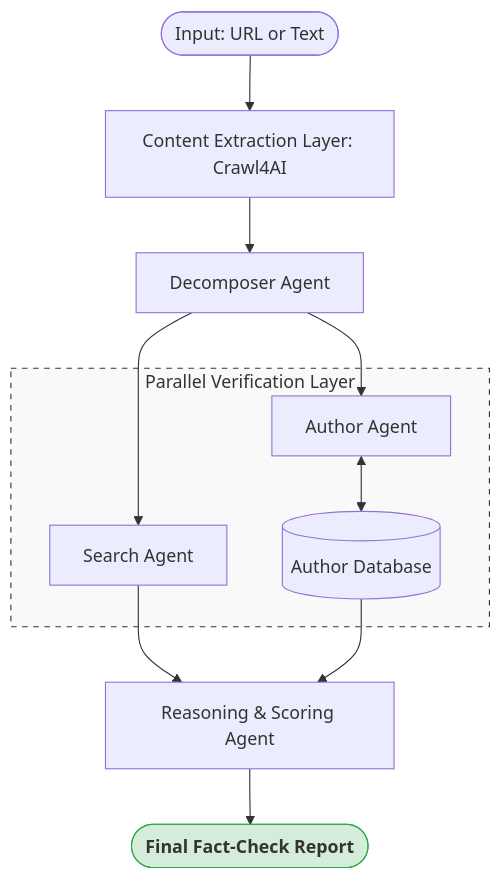
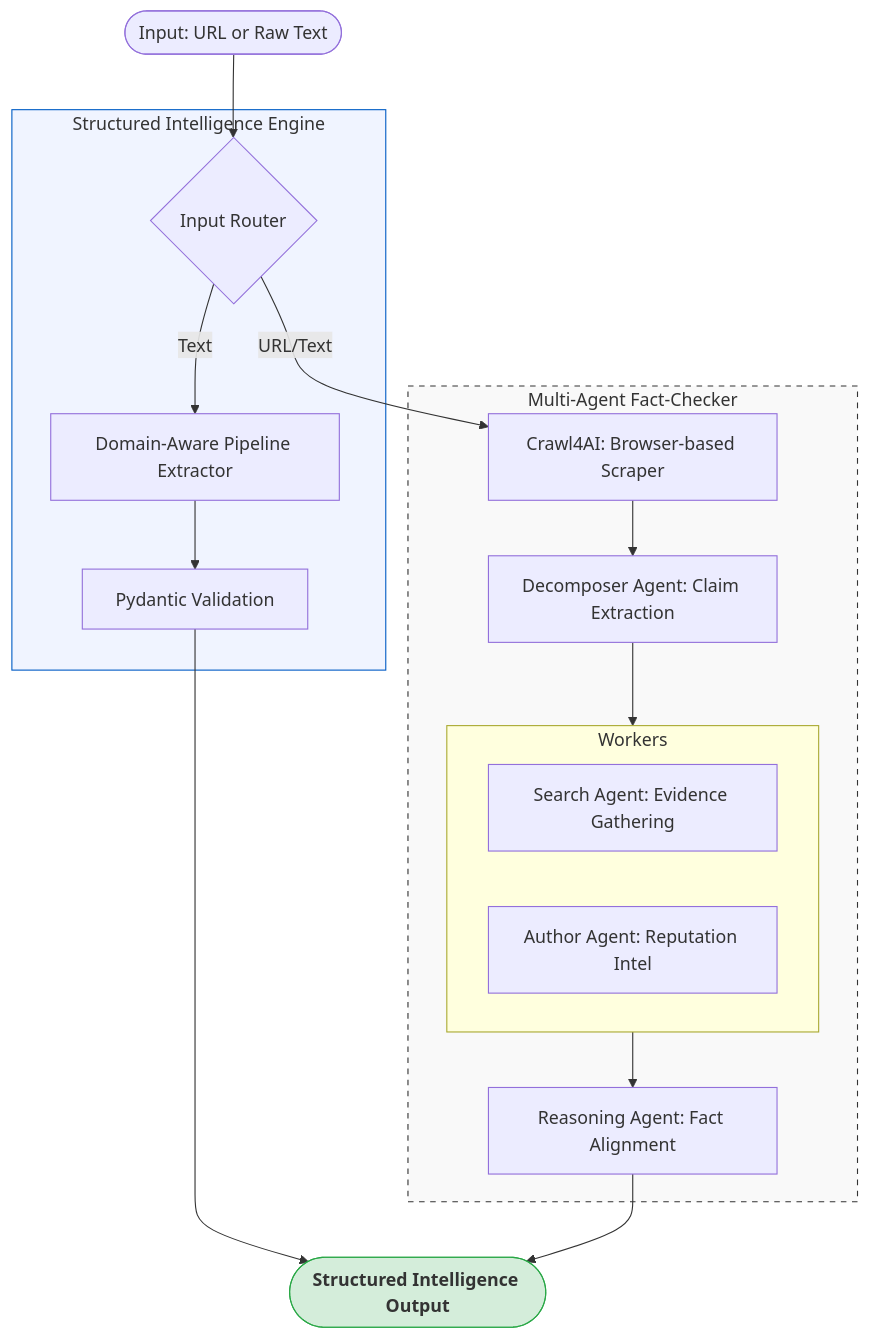
One commit to iknowyou122/ai-fast-track changed the diagram in README.md. Above: the diagram before and after it, drawn with Mermaid. The commit also changed other lines of this file, not shown here.

Commit message:
docs: upgrade README to enterprise-grade bilingual version with enhanced architecture

````diff
--- a/README.md
+++ b/README.md
@@ -42,30 +27,29 @@
 ```mermaid
 graph TD
     %% Node Definitions
-    Input([Input: URL or Text])
-    Extractor[Content Extraction Layer: Crawl4AI]
-    Decomposer[Decomposer Agent]
+    Input([Input: URL or Raw Text]) --> Router{Input Router}
     
-    subgraph Agents [Parallel Verification Layer]
-        Search[Search Agent]
-        Author[Author Agent]
-        AuthorDB[(Author Database)]
+    subgraph Extraction_Pipeline [Structured Intelligence Engine]
+        Router -- Text --> Extractor[Domain-Aware Pipeline Extractor]
+        Extractor --> Schema[Pydantic Validation]
     end
-    
-    Reasoning[Reasoning & Scoring Agent]
-    Report([Final Fact-Check Report])
 
-    %% Flow
-    Input --> Extractor
-    Extractor --> Decomposer
-    Decomposer --> Search
-    Decomposer --> Author
-    Author <--> AuthorDB
-    Search --> Reasoning
-    AuthorDB --> Reasoning
-    Reasoning --> Report
+    subgraph Verification_Pipeline [Multi-Agent Fact-Checker]
+        Router -- URL/Text --> Browser[Crawl4AI: Browser-based Scraper]
+        Browser --> Decomposer[Decomposer Agent: Claim Extraction]
+        Decomposer --> Workers[Parallel Verification Layer]
+        subgraph Workers
+            Search[Search Agent: Evidence Gathering]
+            Author[Author Agent: Reputation Intel]
+        end
+        Workers --> Reasoning[Reasoning Agent: Fact Alignment]
+    end
+
+    Schema --> Output([Structured Intelligence Output])
+    Reasoning --> Output
 
     %% Styling
-    style Agents fill:#f9f9f9,stroke:#333,stroke-dasharray: 5 5
-    style Report fill:#d4edda,stroke:#28a745,font-weight:bold
+    style Verification_Pipeline fill:#f9f9f9,stroke:#333,stroke-dasharray: 5 5
+    style Extraction_Pipeline fill:#f0f4ff,stroke:#005cc5
+    style Output fill:#d4edda,stroke:#28a745,font-weight:bold
 ```
````
